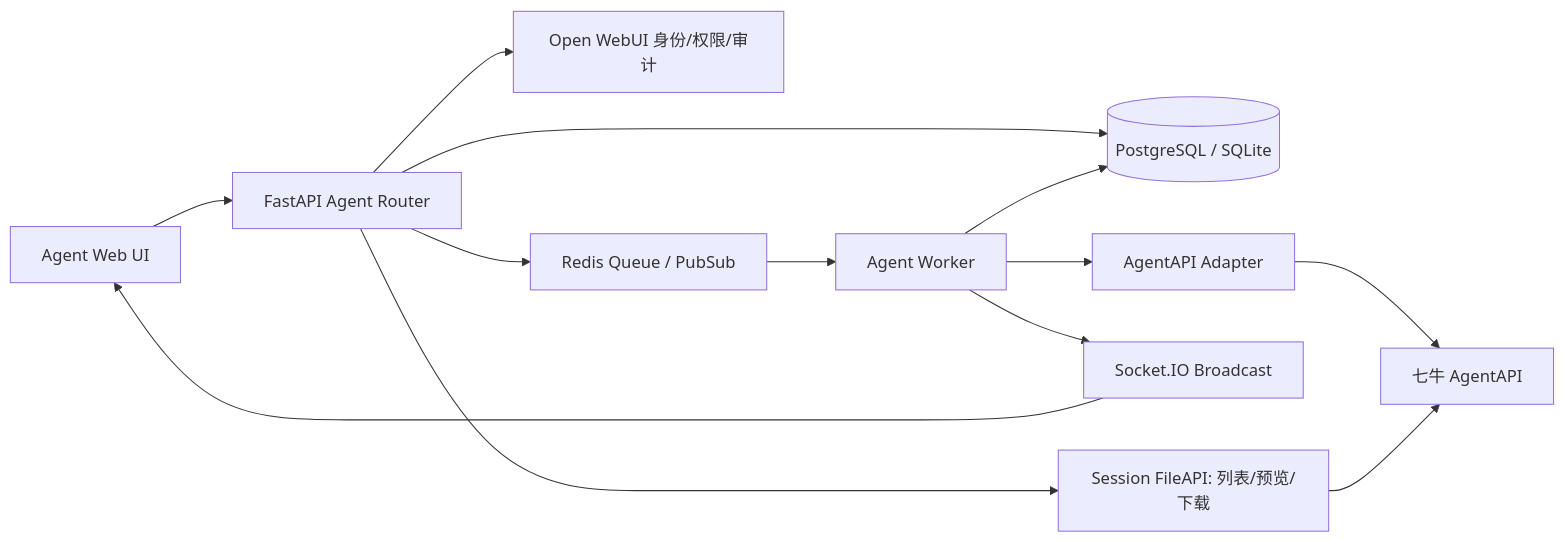
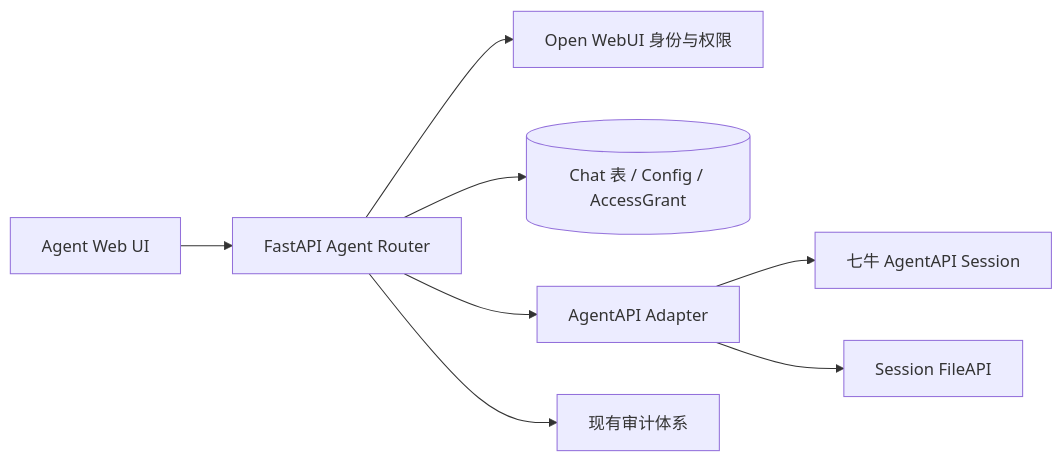
Before and after one commit to luoliwoshang/open-webui: the diagram in docs/AGENT_MODE_TECHNICAL_DESIGN.md, drawn with Mermaid. The commit also changed other lines of this file, not shown here.

Commit message:
docs: simplify Agent architecture around session proxy

````diff
--- a/docs/AGENT_MODE_TECHNICAL_DESIGN.md
+++ b/docs/AGENT_MODE_TECHNICAL_DESIGN.md
@@ -36,15 +45,10 @@
 ```mermaid
 flowchart LR
     UI[Agent Web UI] --> API[FastAPI Agent Router]
-    API --> AUTH[Open WebUI 身份/权限/审计]
-    API --> DB[(PostgreSQL / SQLite)]
-    API --> Q[Redis Queue / PubSub]
-    Q --> W[Agent Worker]
-    W --> AD[AgentAPI Adapter]
-    AD --> QA[七牛 AgentAPI]
-    W --> DB
-    W --> WS[Socket.IO Broadcast]
-    WS --> UI
-    API --> FILE[Session FileAPI: 列表/预览/下载]
-    FILE --> QA
+    API --> AUTH[Open WebUI 身份与权限]
+    API --> DB[(Chat 表 / Config / AccessGrant)]
+    API --> AD[AgentAPI Adapter]
+    AD --> S[七牛 AgentAPI Session]
+    AD --> F[Session FileAPI]
+    API --> AUDIT[现有审计体系]
 ```
````
